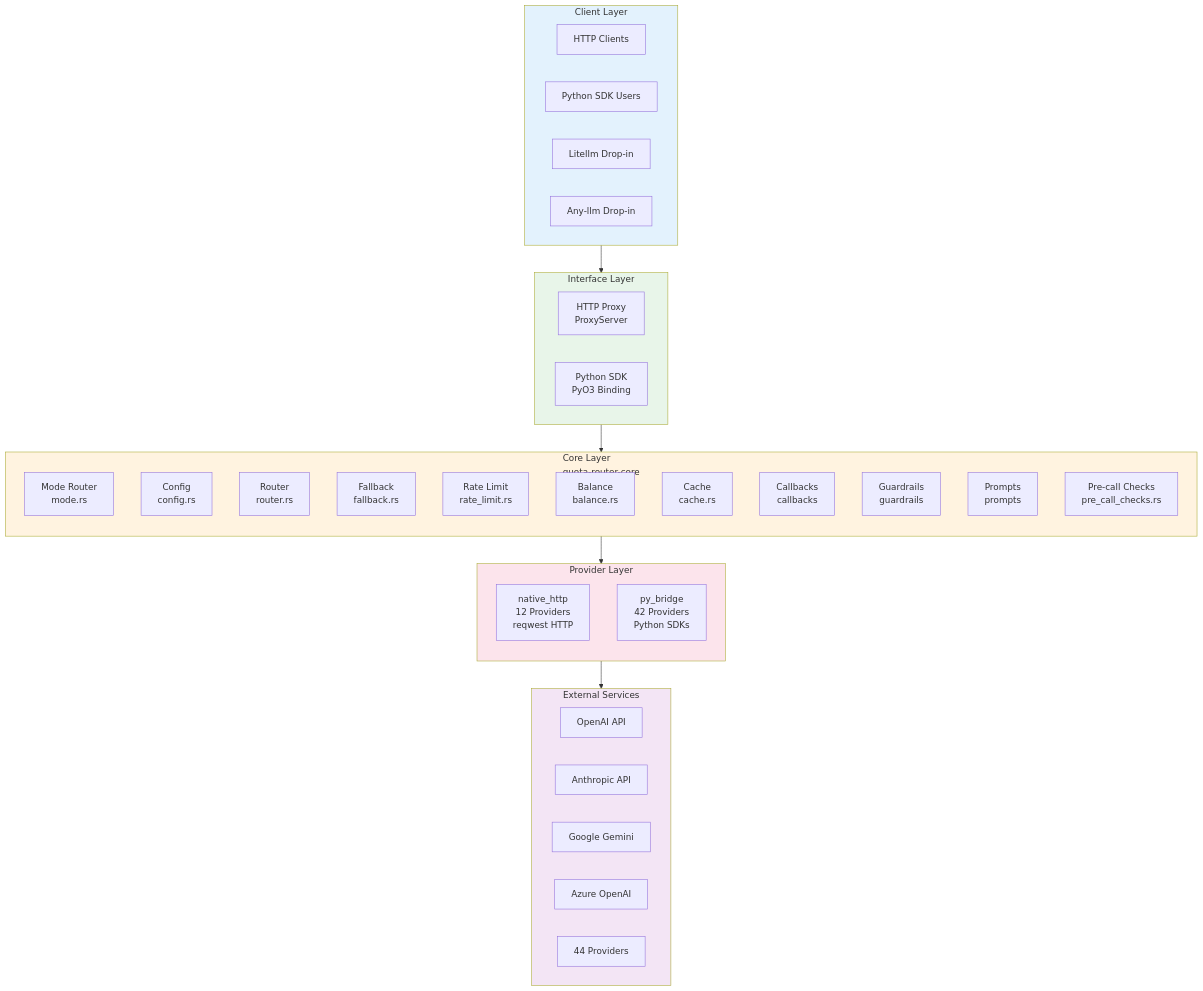
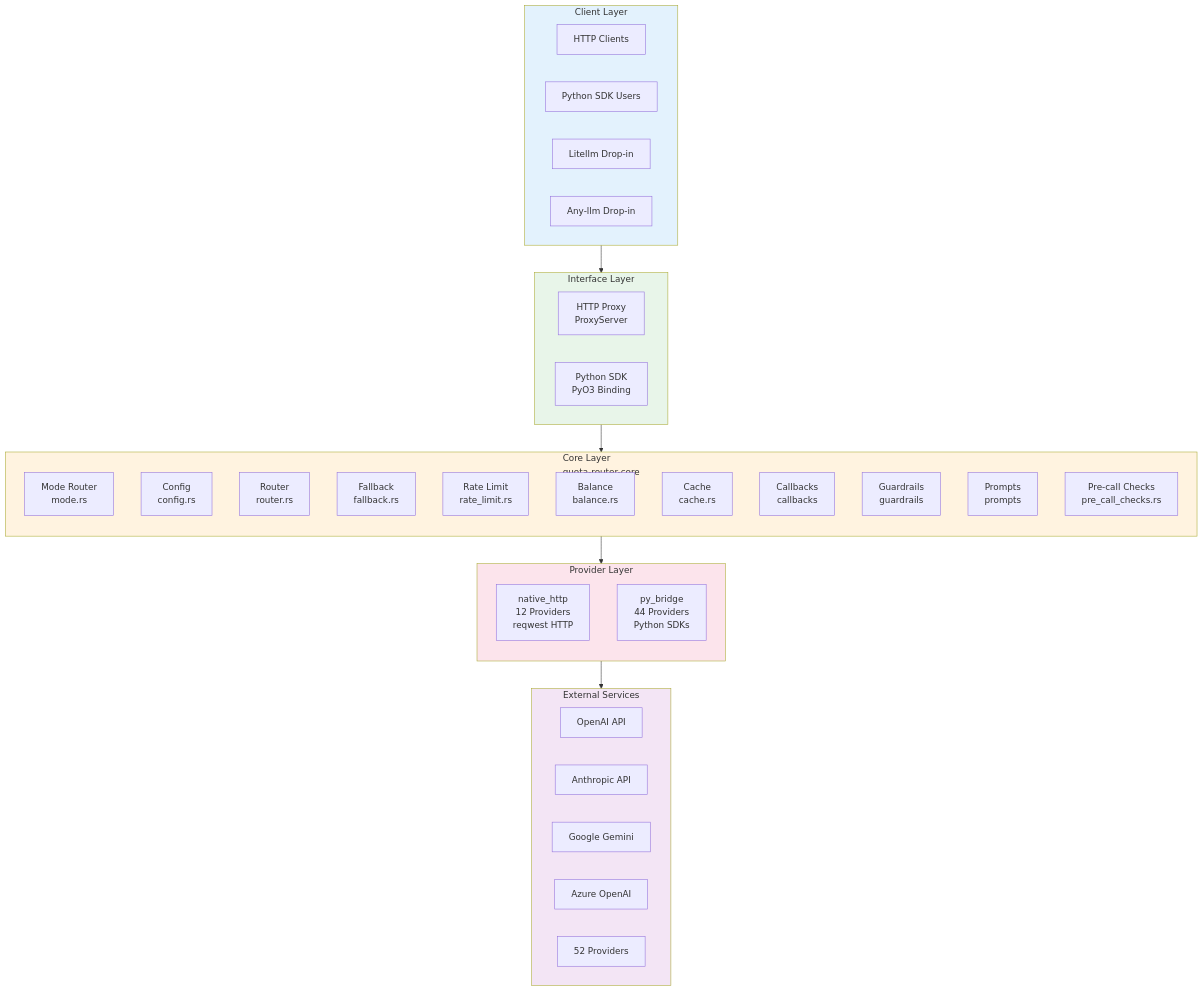
Before and after one commit to CipherOcto/cipherocto: the first of 19 diagrams in docs/architecture/quota-router-architecture.md, drawn with Mermaid. The commit also changed other lines of this file, not shown here.

First line of the commit message:
docs(arch): fix Section 10 provider counts — py_bridge has 44 providers

````diff
--- a/docs/architecture/quota-router-architecture.md
+++ b/docs/architecture/quota-router-architecture.md
@@ -30,54 +30,54 @@
 ```mermaid
 graph TB
     subgraph Clients["Client Layer"]
         C1[HTTP Clients]
         C2[Python SDK Users]
         C3[Litellm Drop-in]
         C4[Any-llm Drop-in]
     end
 
     subgraph Interfaces["Interface Layer"]
         I1[HTTP Proxy<br/>ProxyServer]
         I2[Python SDK<br/>PyO3 Binding]
     end
 
     subgraph Core["Core Layer<br/>quota-router-core"]
         direction TB
         M1[Mode Router<br/>mode.rs]
         M2[Config<br/>config.rs]
         M3[Router<br/>router.rs]
         M4[Fallback<br/>fallback.rs]
         M5[Rate Limit<br/>rate_limit.rs]
         M6[Balance<br/>balance.rs]
         M7[Cache<br/>cache.rs]
         M8[Callbacks<br/>callbacks]
         M9[Guardrails<br/>guardrails]
         M10[Prompts<br/>prompts]
         M11[Pre-call Checks<br/>pre_call_checks.rs]
     end
 
     subgraph Providers["Provider Layer"]
         direction TB
         P1[native_http<br/>12 Providers<br/>reqwest HTTP]
-        P2[py_bridge<br/>42 Providers<br/>Python SDKs]
+        P2[py_bridge<br/>44 Providers<br/>Python SDKs]
     end
 
     subgraph External["External Services"]
         E1[OpenAI API]
         E2[Anthropic API]
         E3[Google Gemini]
         E4[Azure OpenAI]
-        E5[44 Providers]
+        E5[52 Providers]
     end
 
     Clients --> Interfaces
     Interfaces --> Core
     Core --> Providers
     Providers --> External
 
     style Clients fill:#e3f2fd
     style Interfaces fill:#e8f5e9
     style Core fill:#fff3e0
     style Providers fill:#fce4ec
     style External fill:#f3e5f5
 ```
````
